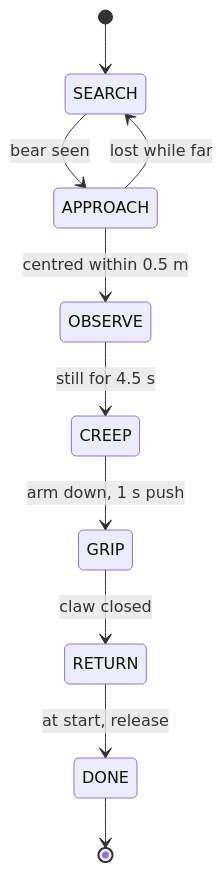
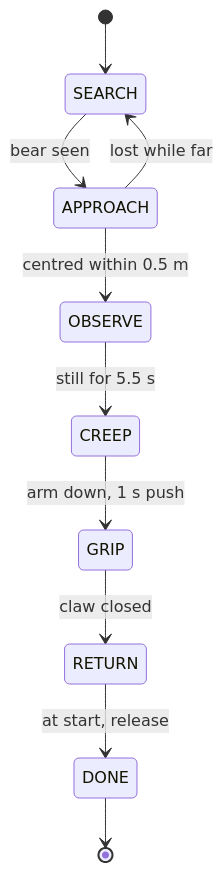
The second of 4 diagrams in Final_Project/README.md (kylevirtuous1211/Robot-navigation-projects), drawn with Mermaid before and after one commit. The commit also changed 1 other file, not shown here.

Commit message:
fix(Final_Project): hold Task 1 OBSERVE for 5.5 s so Locate & Observe scores
65aba22 trimmed OBSERVE_SECONDS to 4.5 s while its comment still said
'>5s to score, 0.5 s margin'. The rule needs a >=5 s hold, so restore
5.5 s, the same margin Task 3 uses.

Claude-Session: https://claude.ai/code/session_01BKhk4uZvMmppuN1jVvuVYr

````diff
--- a/Final_Project/README.md
+++ b/Final_Project/README.md
@@ -56,12 +56,12 @@
 ```mermaid
 stateDiagram-v2
   [*] --> SEARCH
   SEARCH --> APPROACH: bear seen
   APPROACH --> SEARCH: lost while far
   APPROACH --> OBSERVE: centred within 0.5 m
-  OBSERVE --> CREEP: still for 4.5 s
+  OBSERVE --> CREEP: still for 5.5 s
   CREEP --> GRIP: arm down, 1 s push
   GRIP --> RETURN: claw closed
   RETURN --> DONE: at start, release
   DONE --> [*]
 ```
````
